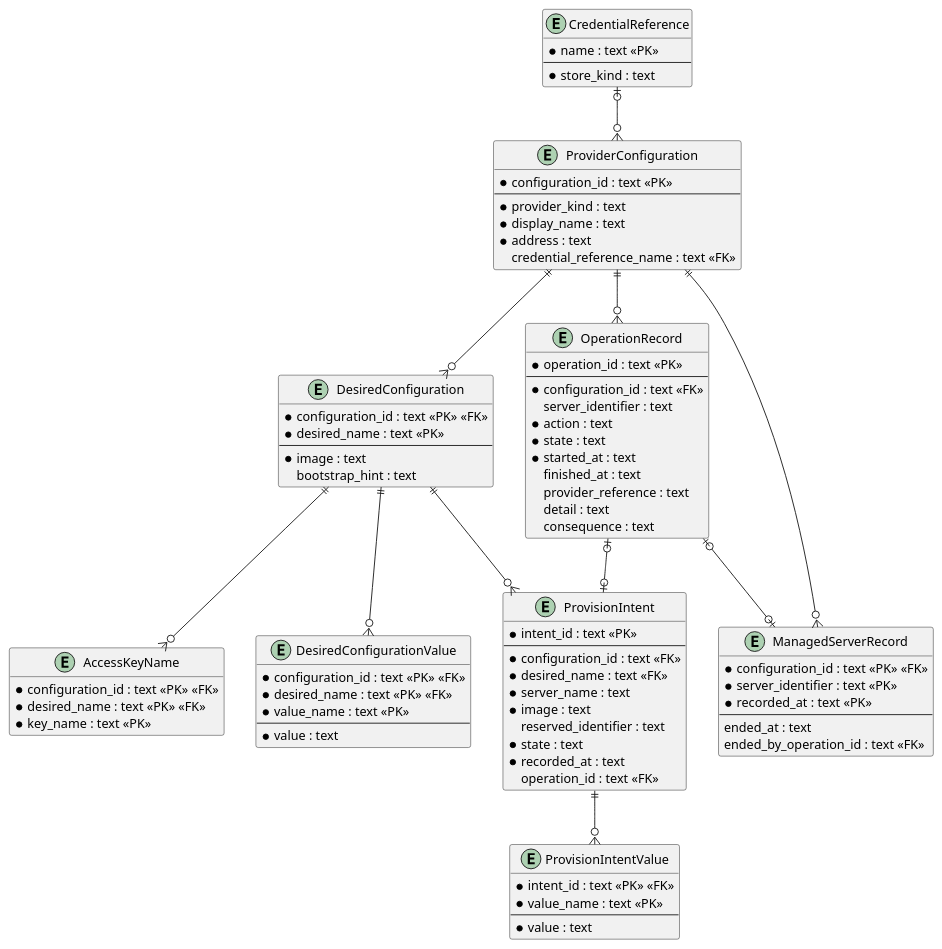
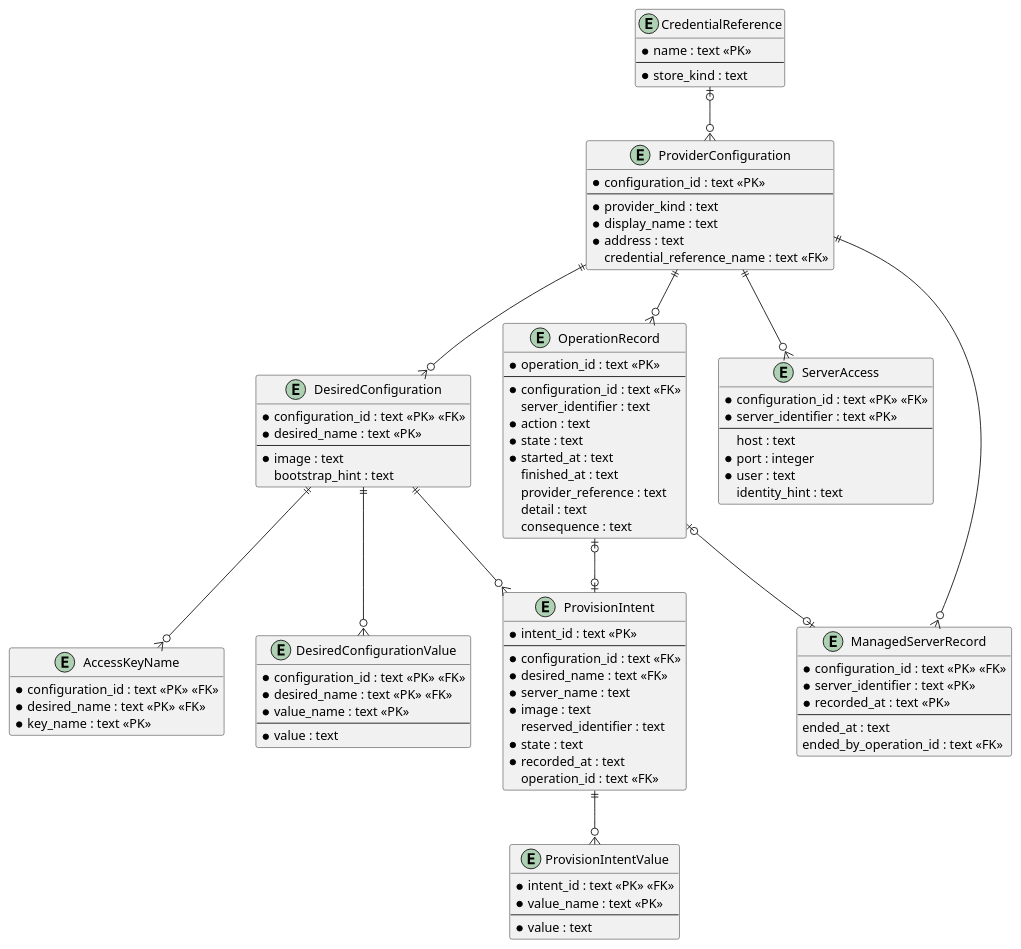
The diagram in docs/erd.md (TirSystem/iac-node-forge), drawn with PlantUML before and after one commit. The commit also changed other lines of this file and 19 other files, not shown here.

```diff
--- a/docs/erd.md
+++ b/docs/erd.md
@@ -93,6 +95,15 @@
   detail : text
   consequence : text
 }
+entity ServerAccess {
+  * configuration_id : text <<PK>> <<FK>>
+  * server_identifier : text <<PK>>
+  --
+  host : text
+  * port : integer
+  * user : text
+  identity_hint : text
+}
 entity ManagedServerRecord {
   * configuration_id : text <<PK>> <<FK>>
   * server_identifier : text <<PK>>
@@ -105,6 +116,7 @@
 CredentialReference |o--o{ ProviderConfiguration
 ProviderConfiguration ||--o{ ManagedServerRecord
 ProviderConfiguration ||--o{ OperationRecord
+ProviderConfiguration ||--o{ ServerAccess
 ProviderConfiguration ||--o{ DesiredConfiguration
 DesiredConfiguration ||--o{ AccessKeyName
 DesiredConfiguration ||--o{ DesiredConfigurationValue
```
